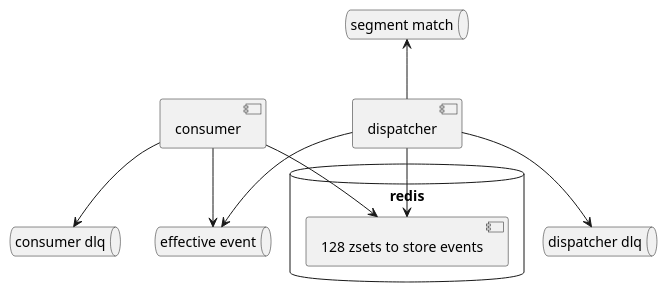
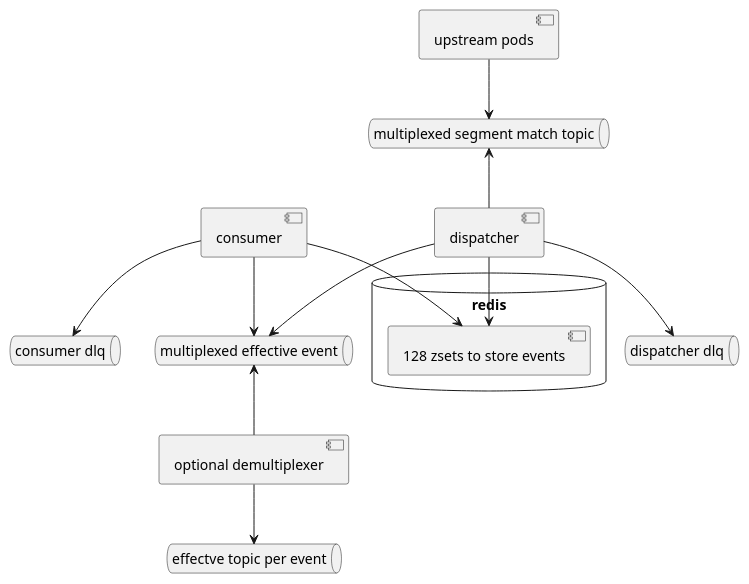
The first of 10 diagrams in mgmt/plan.plantuml (george24601/notes), drawn with PlantUML before and after one commit. The commit also changed 11 other files, not shown here.

```diff
--- a/mgmt/plan.plantuml
+++ b/mgmt/plan.plantuml
@@ -1,22 +1,30 @@
 @startuml
-
 database redis {
 [128 zsets to store events] as data
 }
 
 [dispatcher] as p
 [consumer] as c
 
-queue "segment match" as uet
-queue "effective event" as eet
-queue "dispatcher dlq" as dd 
-queue "consumer dlq" as cd 
+[upstream pods] as upstream
+
+[optional demultiplexer] as demul
+queue "effectve topic per event" as etpe
+
+queue "multiplexed segment match topic" as uet
+queue "multiplexed effective event" as eet
+queue "dispatcher dlq" as dd
+queue "consumer dlq" as cd
+
 uet <-- p
 p --> dd
 p --> eet
 p --> data
+upstream --> uet
+eet <-- demul
+demul --> etpe
 
 c --> data
 c -->cd
 c --> eet
 @enduml
```
